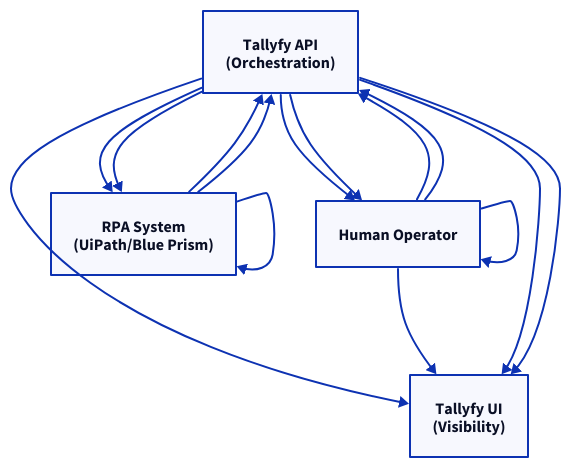
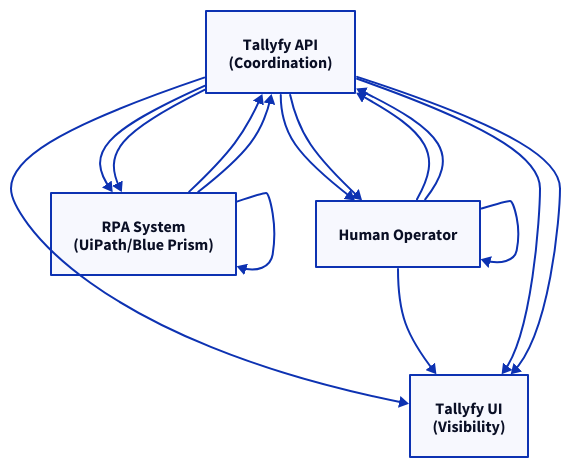
Before and after one commit to tallyfy/documentation: the diagram in src/content/docs/pro/integrations/open-api/how-does-tallyfy-combine-rpa-systems-and-human-operators.mdx, drawn with D2. The commit also changed other lines of this file and 414 other files, not shown here.

````diff
--- a/src/content/docs/pro/integrations/open-api/how-does-tallyfy-combine-rpa-systems-and-human-operators.mdx
+++ b/src/content/docs/pro/integrations/open-api/how-does-tallyfy-combine-rpa-systems-and-human-operators.mdx
@@ -51,22 +51,22 @@
 ```d2
-API: Tallyfy API\n(Orchestration)
+API: Tallyfy API\n(Coordination)
 Human: Human Operator
 RPA: RPA System\n(UiPath/Blue Prism)
 UI: Tallyfy UI\n(Visibility)
 shape: rectangle
 style.stroke-dash: 3
 API -> RPA
 RPA -> RPA
 RPA -> API
 API -> UI
 API -> Human
 Human -> UI
 Human -> Human
 Human -> API
 API -> UI
 RPA -> API
 API -> Human
 Human -> API
 API -> RPA
 API -> UI
 ```
````
